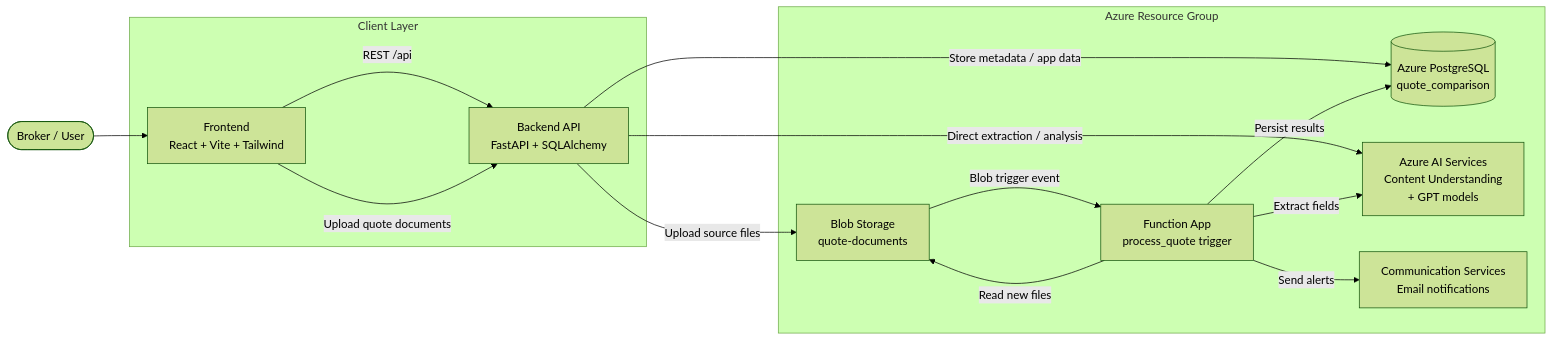
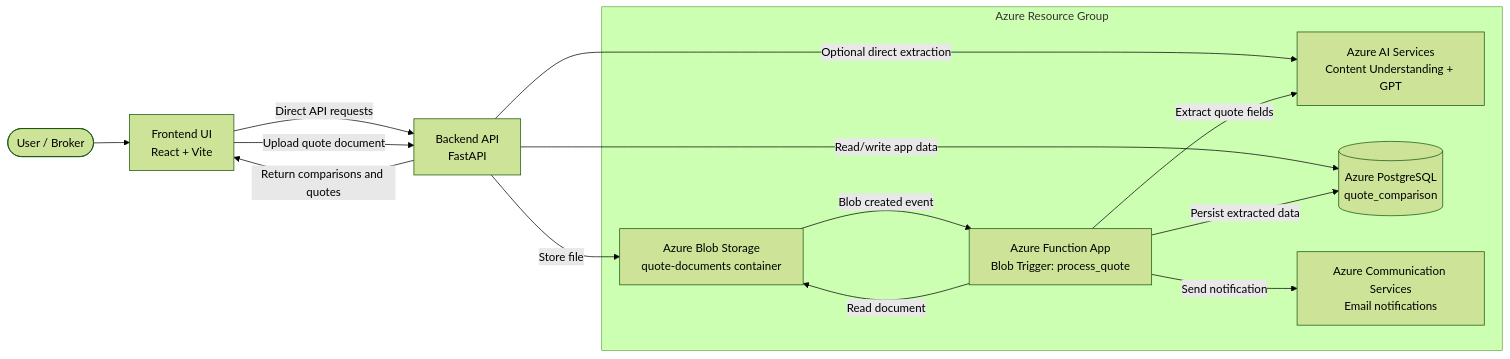
One commit to gethiten/Quote-Comparison-App changed the diagram in README.md. Above: the diagram before and after it, drawn with Mermaid (forest theme). The commit also changed other lines of this file, not shown here.

Commit message:
Update README with dual architecture flows

````diff
--- a/README.md
+++ b/README.md
@@ -13,31 +13,31 @@
 ```mermaid
 flowchart LR
-    user([Broker / User])
+    user([User / Broker])
+    ui[Frontend UI\nReact + Vite]
+    api[Backend API\nFastAPI]
 
-    subgraph client[Client Layer]
-        fe[Frontend\nReact + Vite + Tailwind]
-        api[Backend API\nFastAPI + SQLAlchemy]
+    subgraph azure[Azure Resource Group]
+        storage[Azure Blob Storage\nquote-documents container]
+        function[Azure Function App\nBlob Trigger: process_quote]
+        ai[Azure AI Services\nContent Understanding + GPT]
+        db[(Azure PostgreSQL\nquote_comparison)]
+        email[Azure Communication Services\nEmail notifications]
     end
 
-    subgraph azure[Azure Resource Group]
-        blob[Blob Storage\nquote-documents]
-        func[Function App\nprocess_quote trigger]
-        db[(Azure PostgreSQL\nquote_comparison)]
-        ai[Azure AI Services\nContent Understanding\n+ GPT models]
-        comm[Communication Services\nEmail notifications]
-    end
+    user --> ui
 
-    user --> fe
-    fe -->|REST /api| api
-    fe -->|Upload quote documents| api
+    %% Flow 1: direct UI/API path
+    ui -->|Direct API requests| api
+    api -->|Read/write app data| db
+    api -->|Optional direct extraction| ai
+    api -->|Return comparisons and quotes| ui
 
-    api -->|Store metadata / app data| db
-    api -->|Upload source files| blob
-    api -->|Direct extraction / analysis| ai
-
-    blob -->|Blob trigger event| func
-    func -->|Read new files| blob
-    func -->|Extract fields| ai
-    func -->|Persist results| db
-    func -->|Send alerts| comm
+    %% Flow 2: event-driven ingestion path
+    ui -->|Upload quote document| api
+    api -->|Store file| storage
+    storage -->|Blob created event| function
+    function -->|Read document| storage
+    function -->|Extract quote fields| ai
+    function -->|Persist extracted data| db
+    function -->|Send notification| email
 ```
````
